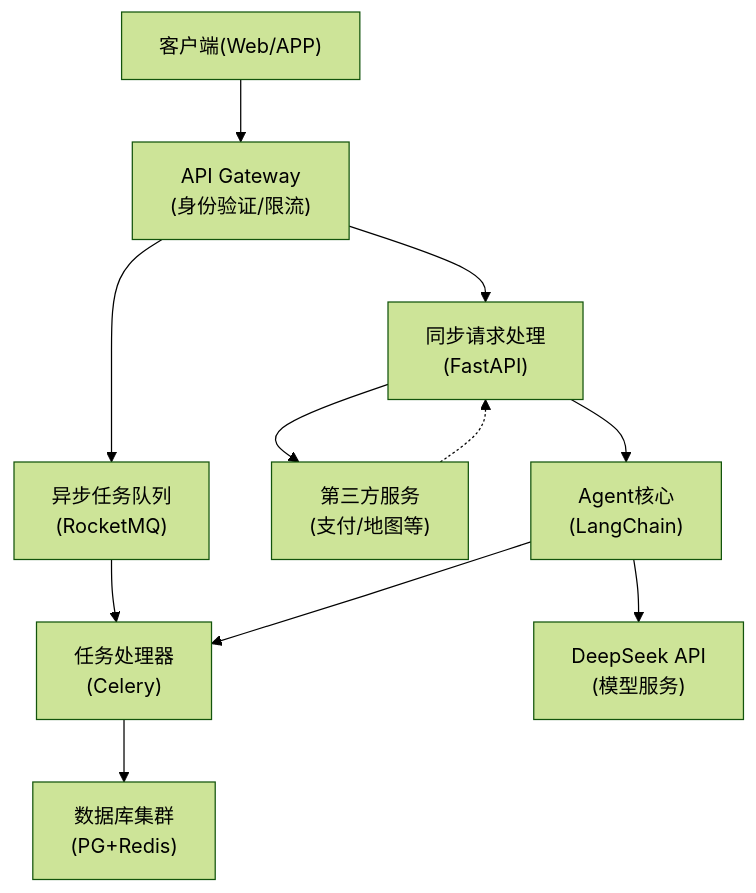
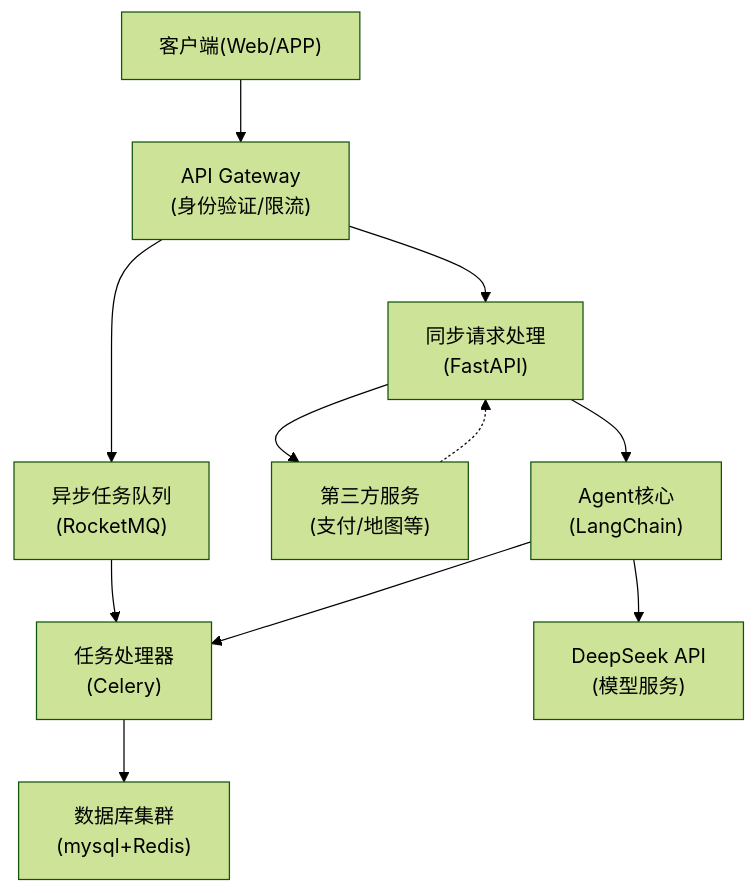
One commit to ldyislucky/PoetryLangchain changed the diagram in aiagent.md. Above: the diagram before and after it, drawn with Mermaid (forest theme). The commit also changed other lines of this file and 6 other files, not shown here.

````diff
--- a/aiagent.md
+++ b/aiagent.md
@@ -14,13 +14,13 @@
 ```mermaid
 graph TD
     A["客户端(Web/APP)"] --> B["API Gateway\n(身份验证/限流)"]
     B --> C["同步请求处理\n(FastAPI)"]
     B --> D["异步任务队列\n(RocketMQ)"]
     C --> E["第三方服务\n(支付/地图等)"]
     C --> F["Agent核心\n(LangChain)"]
     D --> G["任务处理器\n(Celery)"]
     F --> G
-    G --> H["数据库集群\n(PG+Redis)"]
+    G --> H["数据库集群\n(mysql+Redis)"]
     F --> I["DeepSeek API\n(模型服务)"]
     E -.-> C
 ```
````
